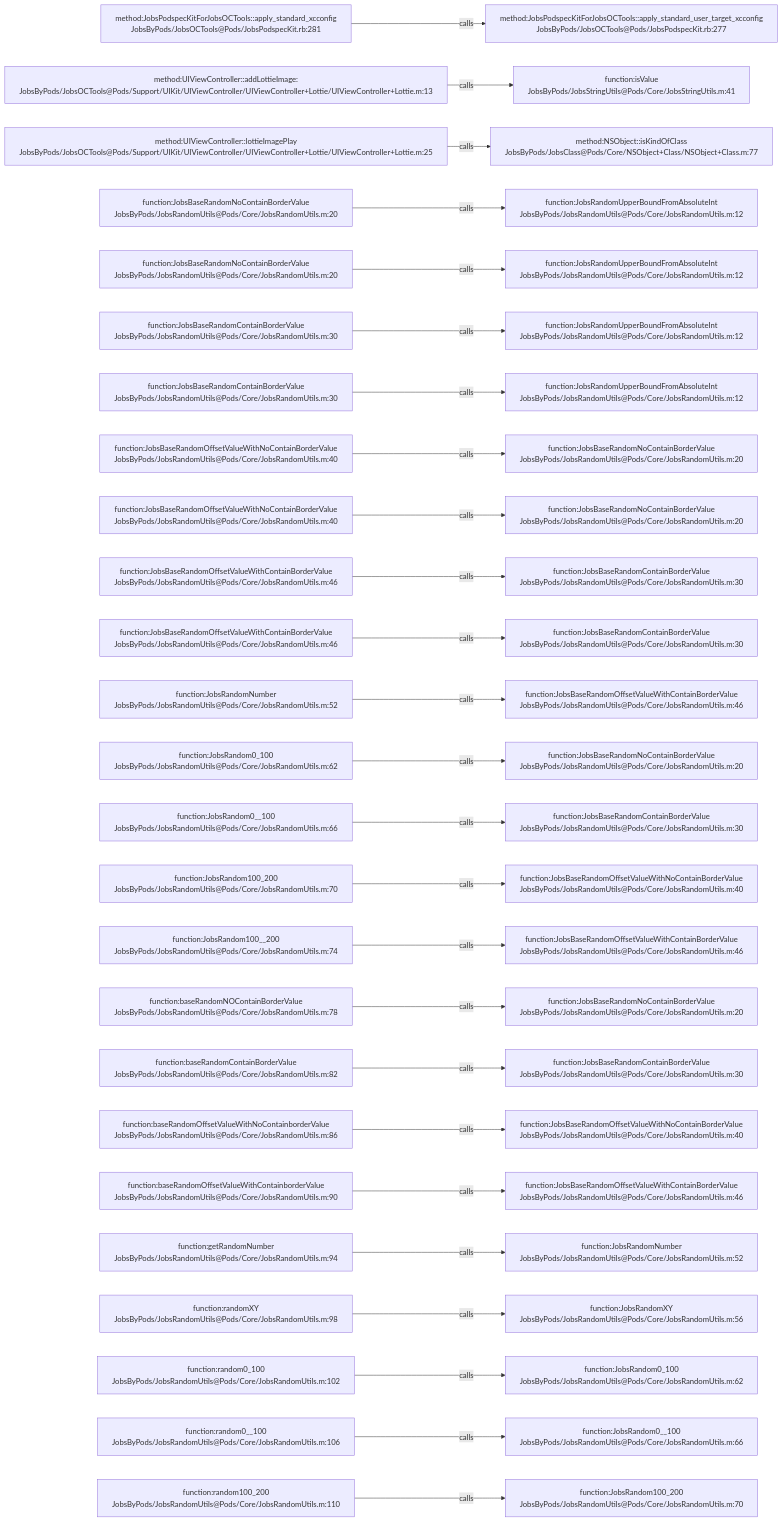
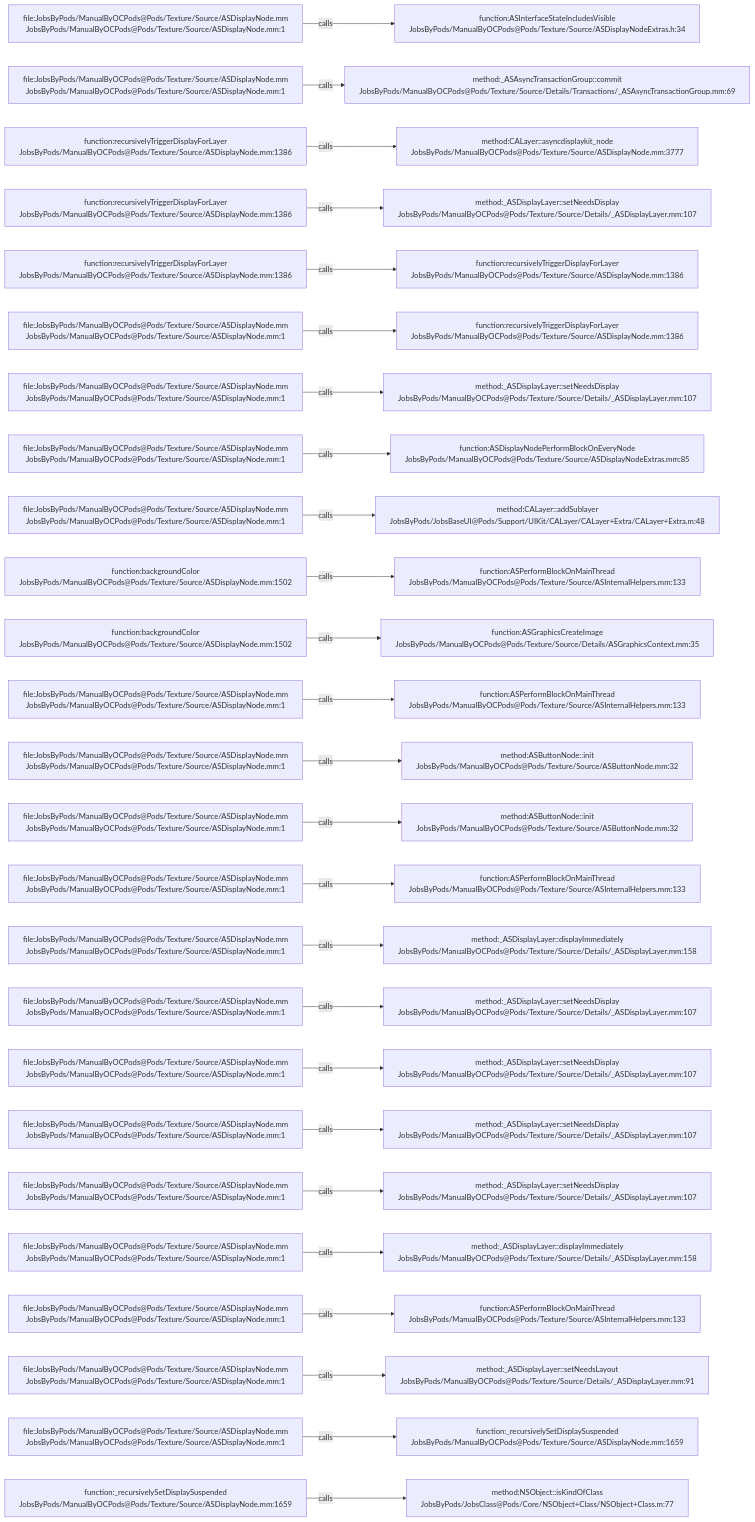
The diagram in .codegraph/codegraph.md/graphs/calls-107.md (JobsKits/JobsOCBaseConfigDemo), drawn with Mermaid before and after one commit. The commit also changed 2162 other files, not shown here.

````diff
--- a/.codegraph/codegraph.md/graphs/calls-107.md
+++ b/.codegraph/codegraph.md/graphs/calls-107.md
@@ -13,78 +13,78 @@
 ```mermaid
 flowchart LR
-  S1["method:JobsPodspecKitForJobsOCTools::apply_standard_xcconfig<br/>JobsByPods/JobsOCTools@Pods/JobsPodspecKit.rb:281"]
-  T1["method:JobsPodspecKitForJobsOCTools::apply_standard_user_target_xcconfig<br/>JobsByPods/JobsOCTools@Pods/JobsPodspecKit.rb:277"]
+  S1["file:JobsByPods/ManualByOCPods@Pods/Texture/Source/ASDisplayNode.mm<br/>JobsByPods/ManualByOCPods@Pods/Texture/Source/ASDisplayNode.mm:1"]
+  T1["function:ASInterfaceStateIncludesVisible<br/>JobsByPods/ManualByOCPods@Pods/Texture/Source/ASDisplayNodeExtras.h:34"]
   S1 -->|calls| T1
-  S2["method:UIViewController::addLottieImage:<br/>JobsByPods/JobsOCTools@Pods/Support/UIKit/UIViewController/UIViewController+Lottie/UIViewController+Lottie.m:13"]
-  T2["function:isValue<br/>JobsByPods/JobsStringUtils@Pods/Core/JobsStringUtils.m:41"]
+  S2["file:JobsByPods/ManualByOCPods@Pods/Texture/Source/ASDisplayNode.mm<br/>JobsByPods/ManualByOCPods@Pods/Texture/Source/ASDisplayNode.mm:1"]
+  T2["method:_ASAsyncTransactionGroup::commit<br/>JobsByPods/ManualByOCPods@Pods/Texture/Source/Details/Transactions/_ASAsyncTransactionGroup.mm:69"]
   S2 -->|calls| T2
-  S3["method:UIViewController::lottieImagePlay<br/>JobsByPods/JobsOCTools@Pods/Support/UIKit/UIViewController/UIViewController+Lottie/UIViewController+Lottie.m:25"]
-  T3["method:NSObject::isKindOfClass<br/>JobsByPods/JobsClass@Pods/Core/NSObject+Class/NSObject+Class.m:77"]
+  S3["function:recursivelyTriggerDisplayForLayer<br/>JobsByPods/ManualByOCPods@Pods/Texture/Source/ASDisplayNode.mm:1386"]
+  T3["method:CALayer::asyncdisplaykit_node<br/>JobsByPods/ManualByOCPods@Pods/Texture/Source/ASDisplayNode.mm:3777"]
   S3 -->|calls| T3
-  S4["function:JobsBaseRandomNoContainBorderValue<br/>JobsByPods/JobsRandomUtils@Pods/Core/JobsRandomUtils.m:20"]
-  T4["function:JobsRandomUpperBoundFromAbsoluteInt<br/>JobsByPods/JobsRandomUtils@Pods/Core/JobsRandomUtils.m:12"]
+  S4["function:recursivelyTriggerDisplayForLayer<br/>JobsByPods/ManualByOCPods@Pods/Texture/Source/ASDisplayNode.mm:1386"]
+  T4["method:_ASDisplayLayer::setNeedsDisplay<br/>JobsByPods/ManualByOCPods@Pods/Texture/Source/Details/_ASDisplayLayer.mm:107"]
   S4 -->|calls| T4
-  S5["function:JobsBaseRandomNoContainBorderValue<br/>JobsByPods/JobsRandomUtils@Pods/Core/JobsRandomUtils.m:20"]
-  T5["function:JobsRandomUpperBoundFromAbsoluteInt<br/>JobsByPods/JobsRandomUtils@Pods/Core/JobsRandomUtils.m:12"]
+  S5["function:recursivelyTriggerDisplayForLayer<br/>JobsByPods/ManualByOCPods@Pods/Texture/Source/ASDisplayNode.mm:1386"]
+  T5["function:recursivelyTriggerDisplayForLayer<br/>JobsByPods/ManualByOCPods@Pods/Texture/Source/ASDisplayNode.mm:1386"]
   S5 -->|calls| T5
-  S6["function:JobsBaseRandomContainBorderValue<br/>JobsByPods/JobsRandomUtils@Pods/Core/JobsRandomUtils.m:30"]
-  T6["function:JobsRandomUpperBoundFromAbsoluteInt<br/>JobsByPods/JobsRandomUtils@Pods/Core/JobsRandomUtils.m:12"]
+  S6["file:JobsByPods/ManualByOCPods@Pods/Texture/Source/ASDisplayNode.mm<br/>JobsByPods/ManualByOCPods@Pods/Texture/Source/ASDisplayNode.mm:1"]
+  T6["function:recursivelyTriggerDisplayForLayer<br/>JobsByPods/ManualByOCPods@Pods/Texture/Source/ASDisplayNode.mm:1386"]
   S6 -->|calls| T6
-  S7["function:JobsBaseRandomContainBorderValue<br/>JobsByPods/JobsRandomUtils@Pods/Core/JobsRandomUtils.m:30"]
-  T7["function:JobsRandomUpperBoundFromAbsoluteInt<br/>JobsByPods/JobsRandomUtils@Pods/Core/JobsRandomUtils.m:12"]
+  S7["file:JobsByPods/ManualByOCPods@Pods/Texture/Source/ASDisplayNode.mm<br/>JobsByPods/ManualByOCPods@Pods/Texture/Source/ASDisplayNode.mm:1"]
+  T7["method:_ASDisplayLayer::setNeedsDisplay<br/>JobsByPods/ManualByOCPods@Pods/Texture/Source/Details/_ASDisplayLayer.mm:107"]
   S7 -->|calls| T7
-  S8["function:JobsBaseRandomOffsetValueWithNoContainBorderValue<br/>JobsByPods/JobsRandomUtils@Pods/Core/JobsRandomUtils.m:40"]
-  T8["function:JobsBaseRandomNoContainBorderValue<br/>JobsByPods/JobsRandomUtils@Pods/Core/JobsRandomUtils.m:20"]
+  S8["file:JobsByPods/ManualByOCPods@Pods/Texture/Source/ASDisplayNode.mm<br/>JobsByPods/ManualByOCPods@Pods/Texture/Source/ASDisplayNode.mm:1"]
+  T8["function:ASDisplayNodePerformBlockOnEveryNode<br/>JobsByPods/ManualByOCPods@Pods/Texture/Source/ASDisplayNodeExtras.mm:85"]
   S8 -->|calls| T8
-  S9["function:JobsBaseRandomOffsetValueWithNoContainBorderValue<br/>JobsByPods/JobsRandomUtils@Pods/Core/JobsRandomUtils.m:40"]
-  T9["function:JobsBaseRandomNoContainBorderValue<br/>JobsByPods/JobsRandomUtils@Pods/Core/JobsRandomUtils.m:20"]
+  S9["file:JobsByPods/ManualByOCPods@Pods/Texture/Source/ASDisplayNode.mm<br/>JobsByPods/ManualByOCPods@Pods/Texture/Source/ASDisplayNode.mm:1"]
+  T9["method:CALayer::addSublayer<br/>JobsByPods/JobsBaseUI@Pods/Support/UIKit/CALayer/CALayer+Extra/CALayer+Extra.m:48"]
   S9 -->|calls| T9
-  S10["function:JobsBaseRandomOffsetValueWithContainBorderValue<br/>JobsByPods/JobsRandomUtils@Pods/Core/JobsRandomUtils.m:46"]
-  T10["function:JobsBaseRandomContainBorderValue<br/>JobsByPods/JobsRandomUtils@Pods/Core/JobsRandomUtils.m:30"]
+  S10["function:backgroundColor<br/>JobsByPods/ManualByOCPods@Pods/Texture/Source/ASDisplayNode.mm:1502"]
+  T10["function:ASPerformBlockOnMainThread<br/>JobsByPods/ManualByOCPods@Pods/Texture/Source/ASInternalHelpers.mm:133"]
   S10 -->|calls| T10
-  S11["function:JobsBaseRandomOffsetValueWithContainBorderValue<br/>JobsByPods/JobsRandomUtils@Pods/Core/JobsRandomUtils.m:46"]
-  T11["function:JobsBaseRandomContainBorderValue<br/>JobsByPods/JobsRandomUtils@Pods/Core/JobsRandomUtils.m:30"]
+  S11["function:backgroundColor<br/>JobsByPods/ManualByOCPods@Pods/Texture/Source/ASDisplayNode.mm:1502"]
+  T11["function:ASGraphicsCreateImage<br/>JobsByPods/ManualByOCPods@Pods/Texture/Source/Details/ASGraphicsContext.mm:35"]
   S11 -->|calls| T11
-  S12["function:JobsRandomNumber<br/>JobsByPods/JobsRandomUtils@Pods/Core/JobsRandomUtils.m:52"]
-  T12["function:JobsBaseRandomOffsetValueWithContainBorderValue<br/>JobsByPods/JobsRandomUtils@Pods/Core/JobsRandomUtils.m:46"]
+  S12["file:JobsByPods/ManualByOCPods@Pods/Texture/Source/ASDisplayNode.mm<br/>JobsByPods/ManualByOCPods@Pods/Texture/Source/ASDisplayNode.mm:1"]
+  T12["function:ASPerformBlockOnMainThread<br/>JobsByPods/ManualByOCPods@Pods/Texture/Source/ASInternalHelpers.mm:133"]
   S12 -->|calls| T12
-  S13["function:JobsRandom0_100<br/>JobsByPods/JobsRandomUtils@Pods/Core/JobsRandomUtils.m:62"]
-  T13["function:JobsBaseRandomNoContainBorderValue<br/>JobsByPods/JobsRandomUtils@Pods/Core/JobsRandomUtils.m:20"]
+  S13["file:JobsByPods/ManualByOCPods@Pods/Texture/Source/ASDisplayNode.mm<br/>JobsByPods/ManualByOCPods@Pods/Texture/Source/ASDisplayNode.mm:1"]
+  T13["method:ASButtonNode::init<br/>JobsByPods/ManualByOCPods@Pods/Texture/Source/ASButtonNode.mm:32"]
   S13 -->|calls| T13
-  S14["function:JobsRandom0__100<br/>JobsByPods/JobsRandomUtils@Pods/Core/JobsRandomUtils.m:66"]
-  T14["function:JobsBaseRandomContainBorderValue<br/>JobsByPods/JobsRandomUtils@Pods/Core/JobsRandomUtils.m:30"]
+  S14["file:JobsByPods/ManualByOCPods@Pods/Texture/Source/ASDisplayNode.mm<br/>JobsByPods/ManualByOCPods@Pods/Texture/Source/ASDisplayNode.mm:1"]
+  T14["method:ASButtonNode::init<br/>JobsByPods/ManualByOCPods@Pods/Texture/Source/ASButtonNode.mm:32"]
   S14 -->|calls| T14
-  S15["function:JobsRandom100_200<br/>JobsByPods/JobsRandomUtils@Pods/Core/JobsRandomUtils.m:70"]
-  T15["function:JobsBaseRandomOffsetValueWithNoContainBorderValue<br/>JobsByPods/JobsRandomUtils@Pods/Core/JobsRandomUtils.m:40"]
+  S15["file:JobsByPods/ManualByOCPods@Pods/Texture/Source/ASDisplayNode.mm<br/>JobsByPods/ManualByOCPods@Pods/Texture/Source/ASDisplayNode.mm:1"]
+  T15["function:ASPerformBlockOnMainThread<br/>JobsByPods/ManualByOCPods@Pods/Texture/Source/ASInternalHelpers.mm:133"]
   S15 -->|calls| T15
-  S16["function:JobsRandom100__200<br/>JobsByPods/JobsRandomUtils@Pods/Core/JobsRandomUtils.m:74"]
-  T16["function:JobsBaseRandomOffsetValueWithContainBorderValue<br/>JobsByPods/JobsRandomUtils@Pods/Core/JobsRandomUtils.m:46"]
+  S16["file:JobsByPods/ManualByOCPods@Pods/Texture/Source/ASDisplayNode.mm<br/>JobsByPods/ManualByOCPods@Pods/Texture/Source/ASDisplayNode.mm:1"]
+  T16["method:_ASDisplayLayer::displayImmediately<br/>JobsByPods/ManualByOCPods@Pods/Texture/Source/Details/_ASDisplayLayer.mm:158"]
   S16 -->|calls| T16
-  S17["function:baseRandomNOContainBorderValue<br/>JobsByPods/JobsRandomUtils@Pods/Core/JobsRandomUtils.m:78"]
-  T17["function:JobsBaseRandomNoContainBorderValue<br/>JobsByPods/JobsRandomUtils@Pods/Core/JobsRandomUtils.m:20"]
+  S17["file:JobsByPods/ManualByOCPods@Pods/Texture/Source/ASDisplayNode.mm<br/>JobsByPods/ManualByOCPods@Pods/Texture/Source/ASDisplayNode.mm:1"]
+  T17["method:_ASDisplayLayer::setNeedsDisplay<br/>JobsByPods/ManualByOCPods@Pods/Texture/Source/Details/_ASDisplayLayer.mm:107"]
   S17 -->|calls| T17
-  S18["function:baseRandomContainBorderValue<br/>JobsByPods/JobsRandomUtils@Pods/Core/JobsRandomUtils.m:82"]
-  T18["function:JobsBaseRandomContainBorderValue<br/>JobsByPods/JobsRandomUtils@Pods/Core/JobsRandomUtils.m:30"]
+  S18["file:JobsByPods/ManualByOCPods@Pods/Texture/Source/ASDisplayNode.mm<br/>JobsByPods/ManualByOCPods@Pods/Texture/Source/ASDisplayNode.mm:1"]
+  T18["method:_ASDisplayLayer::setNeedsDisplay<br/>JobsByPods/ManualByOCPods@Pods/Texture/Source/Details/_ASDisplayLayer.mm:107"]
   S18 -->|calls| T18
-  S19["function:baseRandomOffsetValueWithNoContainborderValue<br/>JobsByPods/JobsRandomUtils@Pods/Core/JobsRandomUtils.m:86"]
-  T19["function:JobsBaseRandomOffsetValueWithNoContainBorderValue<br/>JobsByPods/JobsRandomUtils@Pods/Core/JobsRandomUtils.m:40"]
+  S19["file:JobsByPods/ManualByOCPods@Pods/Texture/Source/ASDisplayNode.mm<br/>JobsByPods/ManualByOCPods@Pods/Texture/Source/ASDisplayNode.mm:1"]
+  T19["method:_ASDisplayLayer::setNeedsDisplay<br/>JobsByPods/ManualByOCPods@Pods/Texture/Source/Details/_ASDisplayLayer.mm:107"]
   S19 -->|calls| T19
-  S20["function:baseRandomOffsetValueWithContainborderValue<br/>JobsByPods/JobsRandomUtils@Pods/Core/JobsRandomUtils.m:90"]
-  T20["function:JobsBaseRandomOffsetValueWithContainBorderValue<br/>JobsByPods/JobsRandomUtils@Pods/Core/JobsRandomUtils.m:46"]
+  S20["file:JobsByPods/ManualByOCPods@Pods/Texture/Source/ASDisplayNode.mm<br/>JobsByPods/ManualByOCPods@Pods/Texture/Source/ASDisplayNode.mm:1"]
+  T20["method:_ASDisplayLayer::setNeedsDisplay<br/>JobsByPods/ManualByOCPods@Pods/Texture/Source/Details/_ASDisplayLayer.mm:107"]
   S20 -->|calls| T20
-  S21["function:getRandomNumber<br/>JobsByPods/JobsRandomUtils@Pods/Core/JobsRandomUtils.m:94"]
-  T21["function:JobsRandomNumber<br/>JobsByPods/JobsRandomUtils@Pods/Core/JobsRandomUtils.m:52"]
+  S21["file:JobsByPods/ManualByOCPods@Pods/Texture/Source/ASDisplayNode.mm<br/>JobsByPods/ManualByOCPods@Pods/Texture/Source/ASDisplayNode.mm:1"]
+  T21["method:_ASDisplayLayer::displayImmediately<br/>JobsByPods/ManualByOCPods@Pods/Texture/Source/Details/_ASDisplayLayer.mm:158"]
   S21 -->|calls| T21
-  S22["function:randomXY<br/>JobsByPods/JobsRandomUtils@Pods/Core/JobsRandomUtils.m:98"]
-  T22["function:JobsRandomXY<br/>JobsByPods/JobsRandomUtils@Pods/Core/JobsRandomUtils.m:56"]
+  S22["file:JobsByPods/ManualByOCPods@Pods/Texture/Source/ASDisplayNode.mm<br/>JobsByPods/ManualByOCPods@Pods/Texture/Source/ASDisplayNode.mm:1"]
+  T22["function:ASPerformBlockOnMainThread<br/>JobsByPods/ManualByOCPods@Pods/Texture/Source/ASInternalHelpers.mm:133"]
   S22 -->|calls| T22
-  S23["function:random0_100<br/>JobsByPods/JobsRandomUtils@Pods/Core/JobsRandomUtils.m:102"]
-  T23["function:JobsRandom0_100<br/>JobsByPods/JobsRandomUtils@Pods/Core/JobsRandomUtils.m:62"]
+  S23["file:JobsByPods/ManualByOCPods@Pods/Texture/Source/ASDisplayNode.mm<br/>JobsByPods/ManualByOCPods@Pods/Texture/Source/ASDisplayNode.mm:1"]
+  T23["method:_ASDisplayLayer::setNeedsLayout<br/>JobsByPods/ManualByOCPods@Pods/Texture/Source/Details/_ASDisplayLayer.mm:91"]
   S23 -->|calls| T23
-  S24["function:random0__100<br/>JobsByPods/JobsRandomUtils@Pods/Core/JobsRandomUtils.m:106"]
-  T24["function:JobsRandom0__100<br/>JobsByPods/JobsRandomUtils@Pods/Core/JobsRandomUtils.m:66"]
+  S24["file:JobsByPods/ManualByOCPods@Pods/Texture/Source/ASDisplayNode.mm<br/>JobsByPods/ManualByOCPods@Pods/Texture/Source/ASDisplayNode.mm:1"]
+  T24["function:_recursivelySetDisplaySuspended<br/>JobsByPods/ManualByOCPods@Pods/Texture/Source/ASDisplayNode.mm:1659"]
   S24 -->|calls| T24
-  S25["function:random100_200<br/>JobsByPods/JobsRandomUtils@Pods/Core/JobsRandomUtils.m:110"]
-  T25["function:JobsRandom100_200<br/>JobsByPods/JobsRandomUtils@Pods/Core/JobsRandomUtils.m:70"]
+  S25["function:_recursivelySetDisplaySuspended<br/>JobsByPods/ManualByOCPods@Pods/Texture/Source/ASDisplayNode.mm:1659"]
+  T25["method:NSObject::isKindOfClass<br/>JobsByPods/JobsClass@Pods/Core/NSObject+Class/NSObject+Class.m:77"]
   S25 -->|calls| T25
 ```
````
